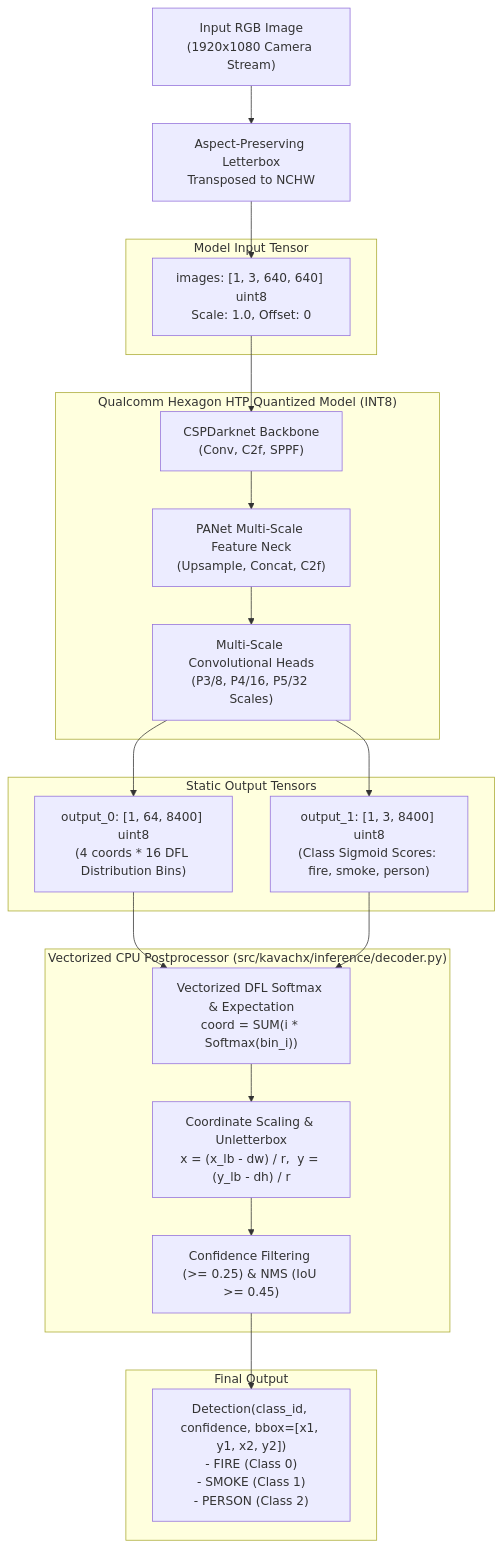
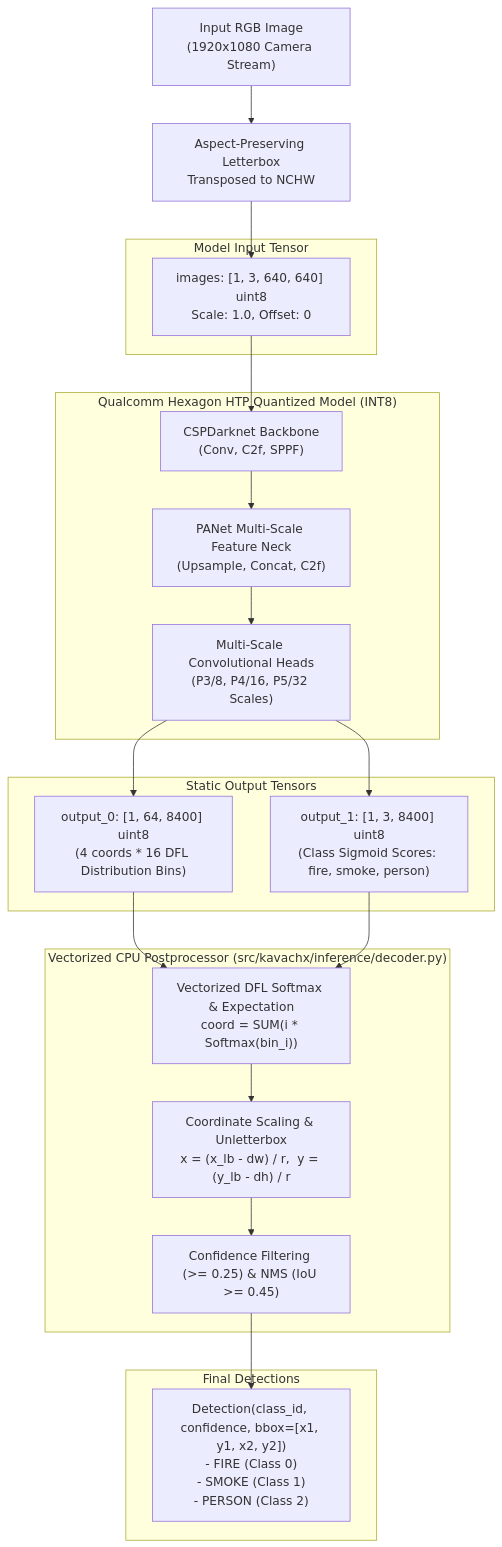
Before and after one commit to jasminbabariya22-eng/KavachX-Real-Time-Hazard-Person-Perception-System: the third of 12 diagrams in docs/FULL_PROJECT_DOCUMENTATION.md, drawn with Mermaid. The commit also changed other lines of this file, not shown here.

````diff
--- a/docs/FULL_PROJECT_DOCUMENTATION.md
+++ b/docs/FULL_PROJECT_DOCUMENTATION.md
@@ -90,34 +212,34 @@
 ```mermaid
 flowchart TD
     INPUT["Input RGB Image\n(1920x1080 Camera Stream)"] --> PREPROC["Aspect-Preserving Letterbox\nTransposed to NCHW"]
     
     subgraph TENSOR_INPUT["Model Input Tensor"]
         IN_TENSOR["images: [1, 3, 640, 640] uint8\nScale: 1.0, Offset: 0"]
     end
     PREPROC --> IN_TENSOR
 
     subgraph HTP_GRAPH["Qualcomm Hexagon HTP Quantized Model (INT8)"]
         BACKBONE["CSPDarknet Backbone\n(Conv, C2f, SPPF)"]
         NECK["PANet Multi-Scale Feature Neck\n(Upsample, Concat, C2f)"]
         HEADS["Multi-Scale Convolutional Heads\n(P3/8, P4/16, P5/32 Scales)"]
         
         IN_TENSOR --> BACKBONE
         BACKBONE --> NECK
         NECK --> HEADS
     end
 
     subgraph TENSOR_OUTPUTS["Static Output Tensors"]
         HEADS --> OUT_0["output_0: [1, 64, 8400] uint8\n(4 coords * 16 DFL Distribution Bins)"]
         HEADS --> OUT_1["output_1: [1, 3, 8400] uint8\n(Class Sigmoid Scores: fire, smoke, person)"]
     end
 
     subgraph CPU_DECODER["Vectorized CPU Postprocessor (src/kavachx/inference/decoder.py)"]
         OUT_0 & OUT_1 --> SOFTMAX["Vectorized DFL Softmax & Expectation\ncoord = SUM(i * Softmax(bin_i))"]
         SOFTMAX --> UNLETTERBOX["Coordinate Scaling & Unletterbox\nx = (x_lb - dw) / r,  y = (y_lb - dh) / r"]
         UNLETTERBOX --> NMS_FILTER["Confidence Filtering (>= 0.25) & NMS (IoU >= 0.45)"]
     end
 
-    subgraph DETECTIONS["Final Output"]
+    subgraph DETECTIONS["Final Detections"]
         NMS_FILTER --> DET_OBJ["Detection(class_id, confidence, bbox=[x1, y1, x2, y2])\n- FIRE (Class 0)\n- SMOKE (Class 1)\n- PERSON (Class 2)"]
     end
 ```
````
